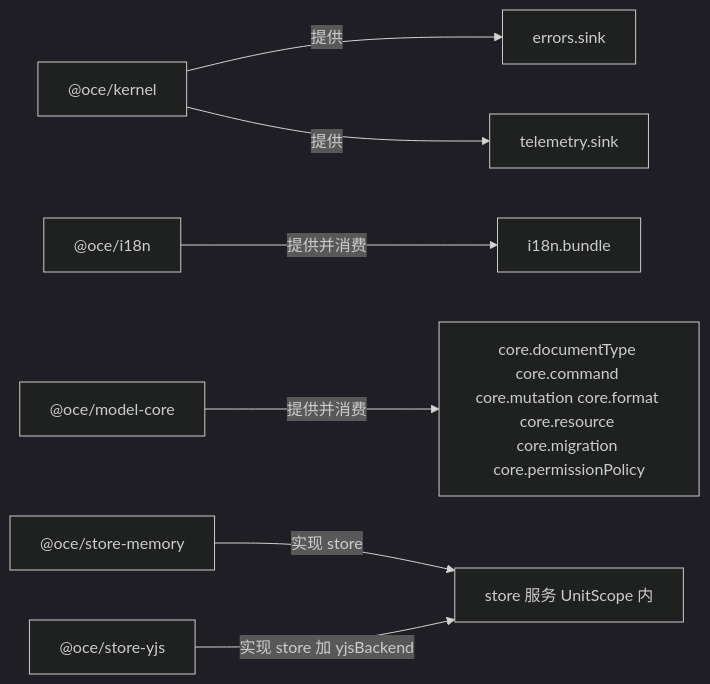
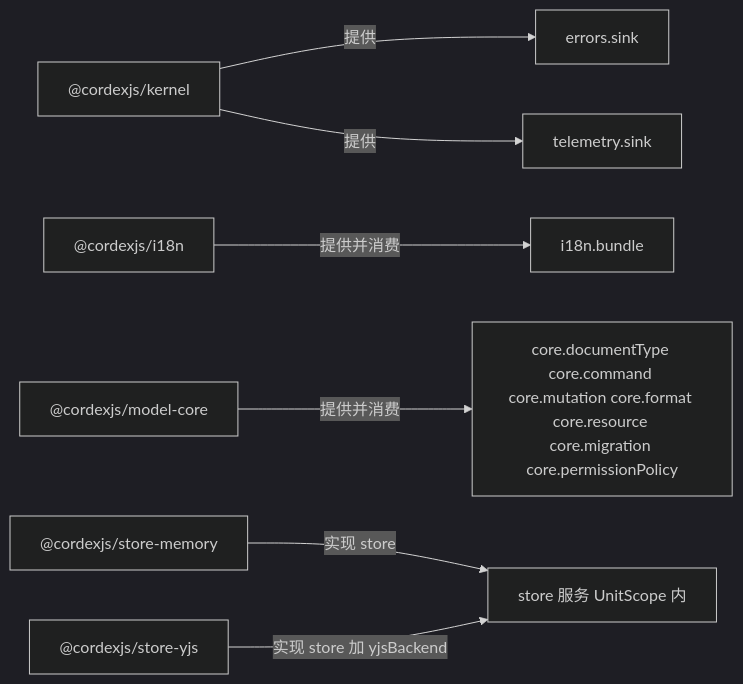
One commit to Xeonice/cordis-ppt-editor changed the fifth of 7 diagrams in docs/40-modules/02-kernel-protocol-and-document-core.md. Above: the diagram before and after it, drawn with Mermaid (dark theme). The commit also changed other lines of this file and 23 other files, not shown here.

````diff
--- a/docs/40-modules/02-kernel-protocol-and-document-core.md
+++ b/docs/40-modules/02-kernel-protocol-and-document-core.md
@@ -504,19 +526,19 @@
 ```mermaid
 flowchart LR
-  pkgKernel["@oce/kernel"]
-  pkgI18n["@oce/i18n"]
-  pkgModelCore["@oce/model-core"]
-  pkgStoreMemory["@oce/store-memory"]
-  pkgStoreYjs["@oce/store-yjs"]
+  pkgKernel["@cordexjs/kernel"]
+  pkgI18n["@cordexjs/i18n"]
+  pkgModelCore["@cordexjs/model-core"]
+  pkgStoreMemory["@cordexjs/store-memory"]
+  pkgStoreYjs["@cordexjs/store-yjs"]
   pointErrorsSink["errors.sink"]
   pointTelemetrySink["telemetry.sink"]
   pointI18nBundle["i18n.bundle"]
   pointCoreSeven["core.documentType core.command core.mutation core.format core.resource core.migration core.permissionPolicy"]
   serviceStore["store 服务 UnitScope 内"]
   pkgKernel -- "提供" --> pointErrorsSink
   pkgKernel -- "提供" --> pointTelemetrySink
   pkgI18n -- "提供并消费" --> pointI18nBundle
   pkgModelCore -- "提供并消费" --> pointCoreSeven
   pkgStoreMemory -- "实现 store" --> serviceStore
   pkgStoreYjs -- "实现 store 加 yjsBackend" --> serviceStore
 ```
````
